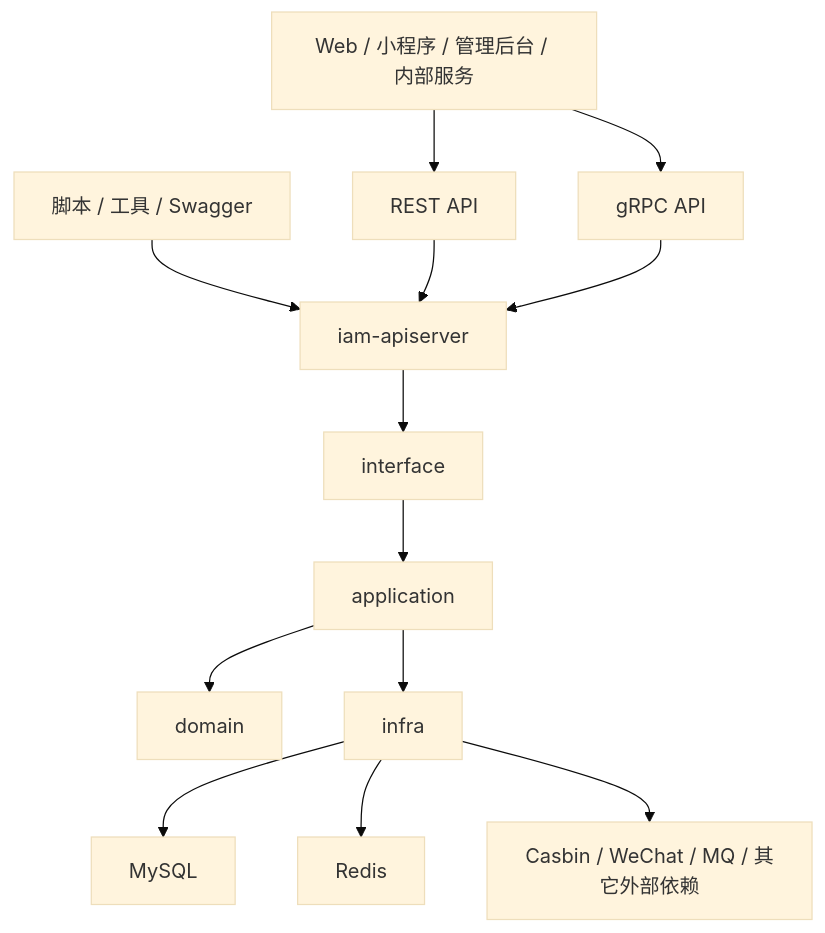
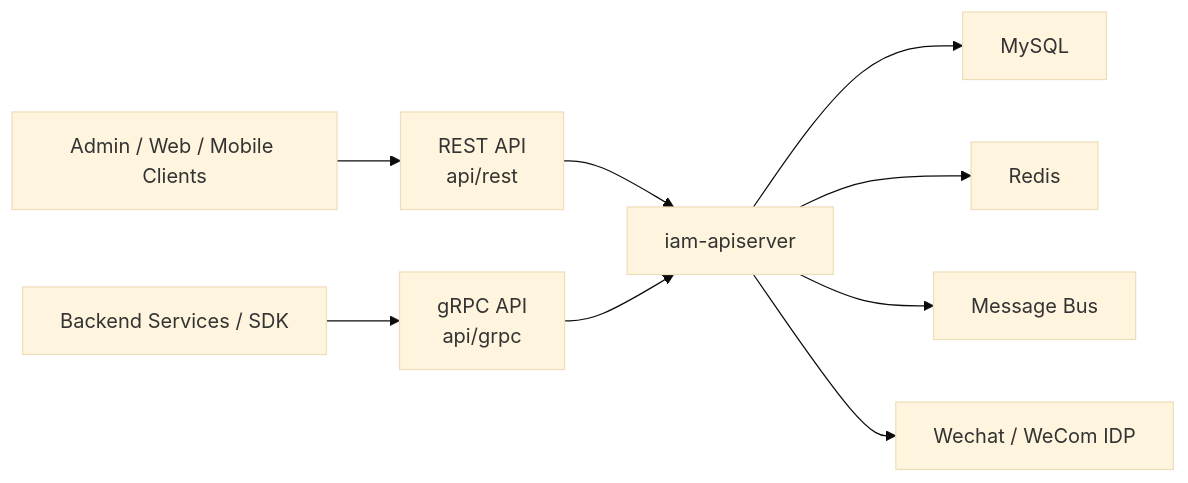
The first of 8 diagrams in docs/00-概览/01-系统架构总览.md (FangcunMount/iam), drawn with Mermaid (base theme) before and after one commit. The commit also changed other lines of this file and 61 other files, not shown here.

````diff
--- a/docs/00-概览/01-系统架构总览.md
+++ b/docs/00-概览/01-系统架构总览.md
@@ -46,26 +17,21 @@
 ```mermaid
-flowchart TB
-    Client["Web / 小程序 / 管理后台 / 内部服务"]
-    REST["REST API"]
-    GRPC["gRPC API"]
-    Tool["脚本 / 工具 / Swagger"]
-    App["iam-apiserver"]
-    Interface["interface"]
-    Application["application"]
-    Domain["domain"]
-    Infra["infra"]
-    MySQL["MySQL"]
+flowchart LR
+    Browser["Admin / Web / Mobile Clients"]
+    Service["Backend Services / SDK"]
+    APIServer["iam-apiserver"]
+    REST["REST API\napi/rest"]
+    GRPC["gRPC API\napi/grpc"]
+    DB["MySQL"]
     Redis["Redis"]
-    External["Casbin / WeChat / MQ / 其它外部依赖"]
+    MQ["Message Bus"]
+    IDP["Wechat / WeCom IDP"]
 
-    Client --> REST
-    Client --> GRPC
-    Tool --> App
-    REST --> App
-    GRPC --> App
-    App --> Interface --> Application --> Domain
-    Application --> Infra
-    Infra --> MySQL
-    Infra --> Redis
-    Infra --> External
+    Browser --> REST
+    Service --> GRPC
+    REST --> APIServer
+    GRPC --> APIServer
+    APIServer --> DB
+    APIServer --> Redis
+    APIServer --> MQ
+    APIServer --> IDP
 ```
````
